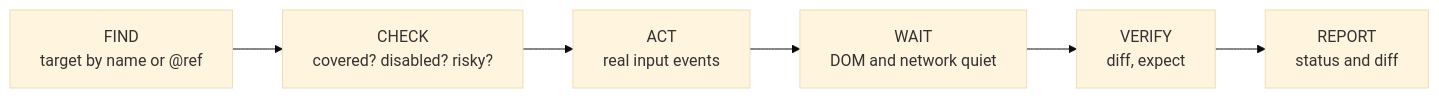
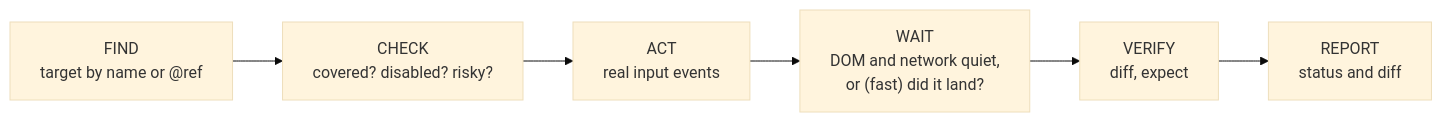
The second of 2 diagrams in README.md (shivarajbakale/kitestring), drawn with Mermaid (base theme) before and after one commit. The commit also changed other lines of this file and 2 other files, not shown here.

First line of the commit message:
docs(readme): scripts, fast clicks, asking the human and runs with no agent; v0.1.0

````diff
--- a/README.md
+++ b/README.md
@@ -201,8 +275,8 @@
 ```mermaid
 flowchart LR
   F["FIND<br/>target by name or @ref"] --> C["CHECK<br/>covered? disabled? risky?"]
   C --> A["ACT<br/>real input events"]
-  A --> W["WAIT<br/>DOM and network quiet"]
+  A --> W["WAIT<br/>DOM and network quiet,<br/>or (fast) did it land?"]
   W --> V["VERIFY<br/>diff, expect"]
   V --> R["REPORT<br/>status and diff"]
 ```
````
